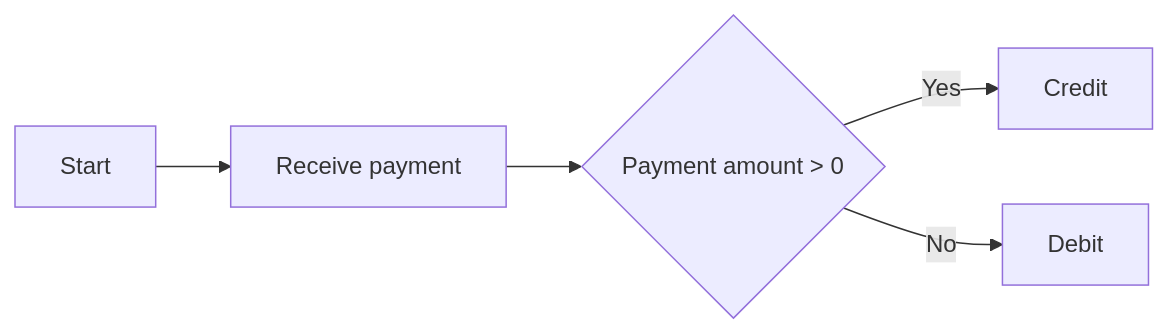
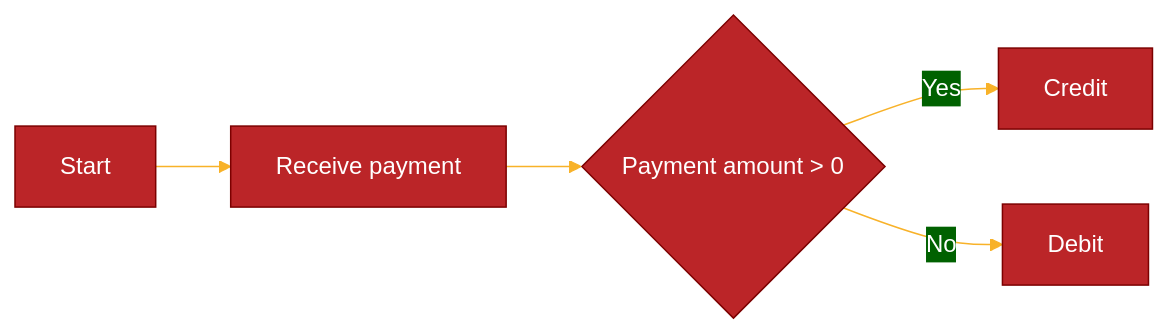
One commit to ShareMyWebStuff/mermaid-presentation changed the second of 2 diagrams in README.md. Above: the diagram before and after it, drawn with Mermaid. The commit also changed other lines of this file and 2 other files, not shown here.

Commit message:
Added a few charts.

````diff
--- a/README.md
+++ b/README.md
@@ -82,21 +82,21 @@
 ```mermaid
 %%{
   init: {
     'theme': 'base',
     'themeVariables': {
       'primaryColor': '#BB2528',
       'primaryTextColor': '#fff',
       'primaryBorderColor': '#7C0000',
       'lineColor': '#F8B229',
       'secondaryColor': '#006100',
       'tertiaryColor': '#fff',
-      'mainBkg': '#fff',
+      'background': '#f4f4f4'
     }
   }
 }%%
 flowchart LR
     A[Start] --> B[Receive payment]
     B --> C{Payment amount > 0}
     C --> |Yes| D[Credit]
     C --> |No| E[Debit]
 ```
````
